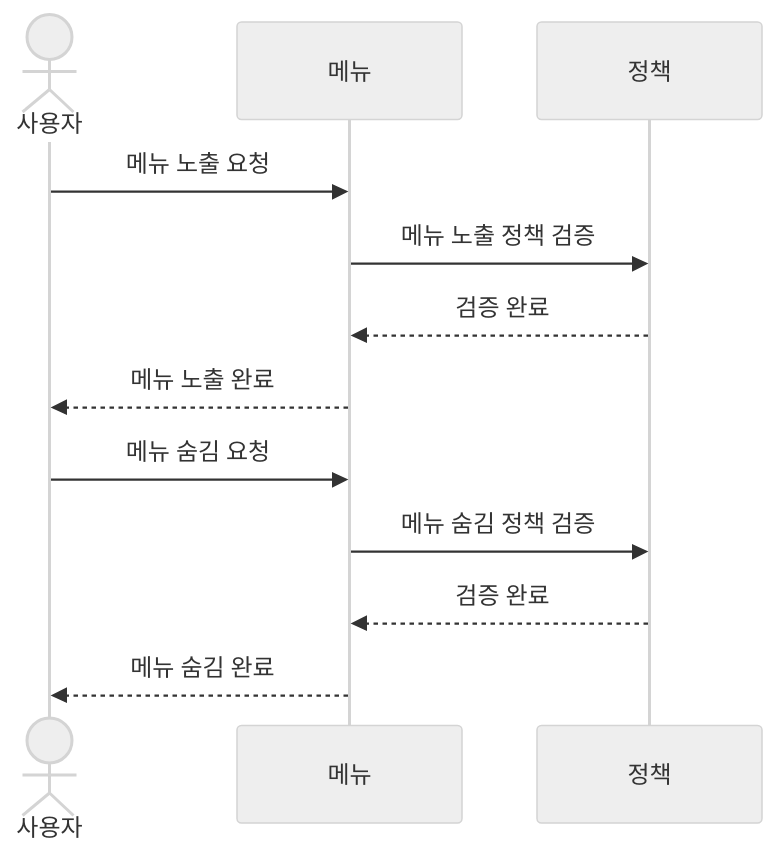
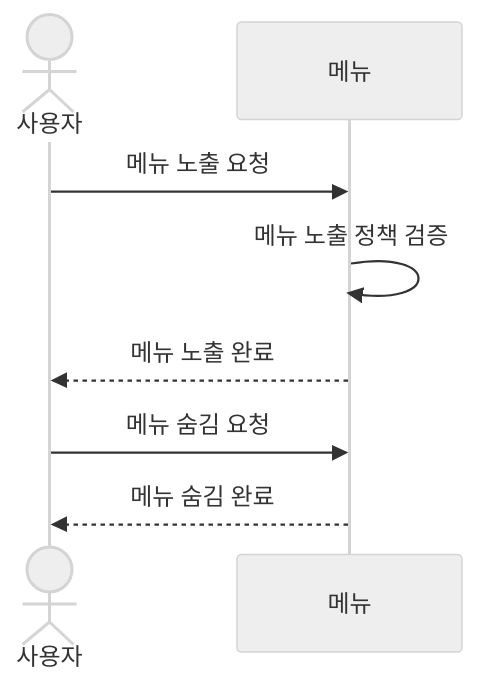
The sixth of 22 diagrams in README.md (dkswnkk/ddd-strategic-design), drawn with Mermaid (neutral theme) before and after one commit. The commit also changed other lines of this file, not shown here.

````diff
--- a/README.md
+++ b/README.md
@@ -254,15 +293,10 @@
 ```mermaid
 sequenceDiagram
     actor User as 사용자
     participant Menu as 메뉴
-    participant Policy as 정책
     User ->> Menu: 메뉴 노출 요청
-    Menu ->> Policy: 메뉴 노출 정책 검증
-    Policy -->> Menu: 검증 완료
+    Menu ->> Menu: 메뉴 노출 정책 검증
     Menu -->> User: 메뉴 노출 완료
     User ->> Menu: 메뉴 숨김 요청
-    Menu ->> Policy: 메뉴 숨김 정책 검증
-    Policy -->> Menu: 검증 완료
     Menu -->> User: 메뉴 숨김 완료
-
 ```
````
